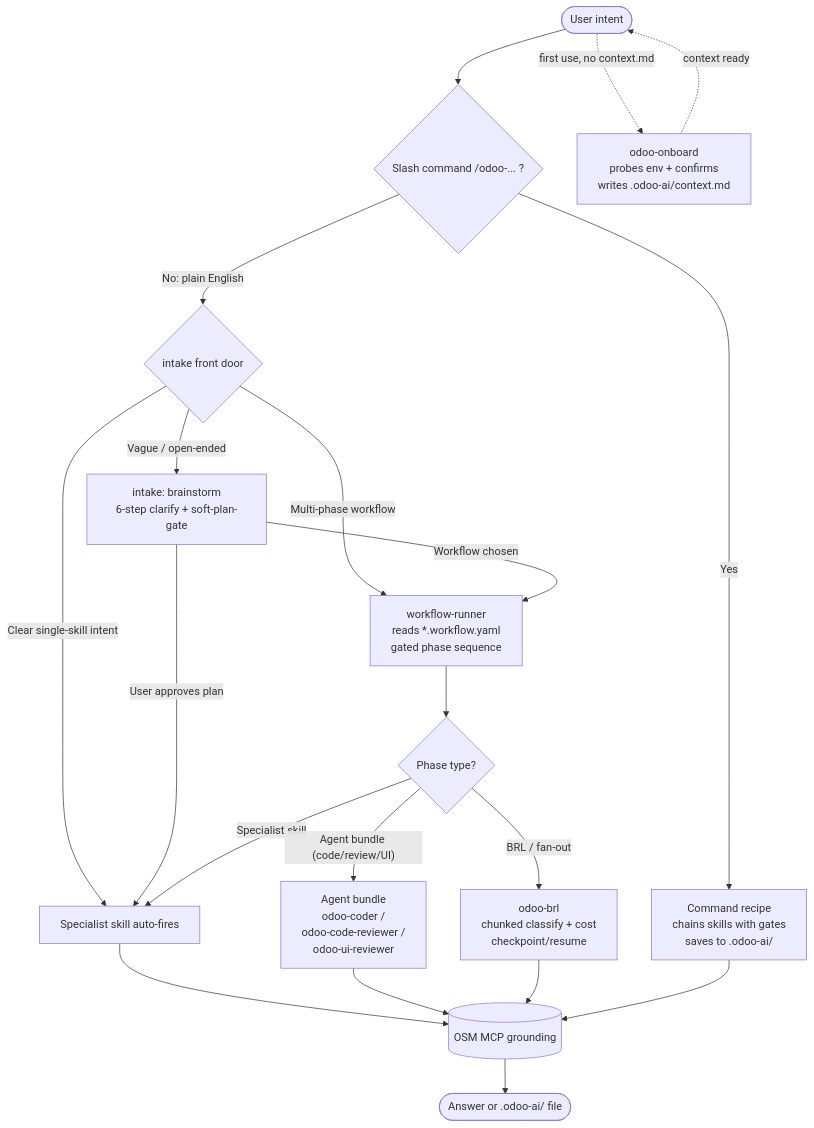
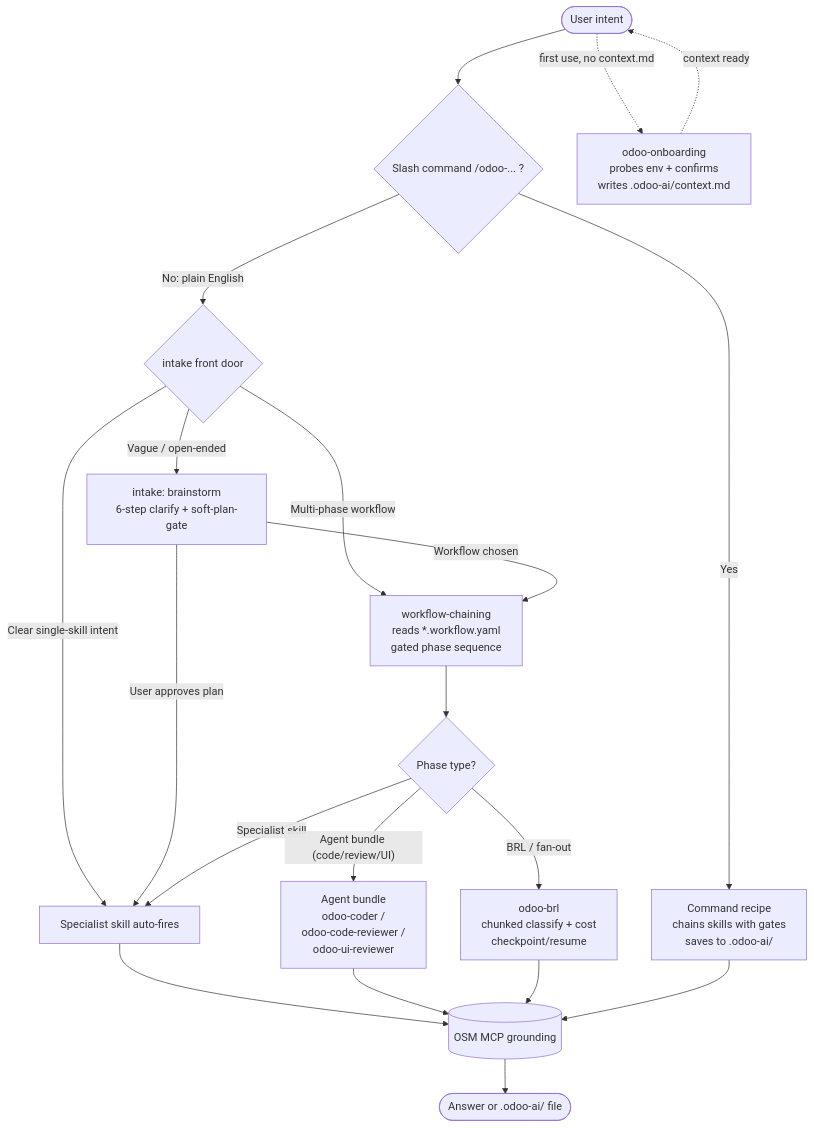
Before and after one commit to Viindoo/odoo-mcp-client: the third of 5 diagrams in README.md, drawn with Mermaid. The commit also changed other lines of this file and 110 other files, not shown here.

````diff
--- a/README.md
+++ b/README.md
@@ -132,27 +132,27 @@
 ```mermaid
 flowchart TD
     A([User intent]) --> B{"Slash command /odoo-... ?"}
 
     B -->|Yes| C["Command recipe<br/>chains skills with gates<br/>saves to .odoo-ai/"]
     B -->|"No: plain English"| D{"intake front door"}
 
     D -->|"Vague / open-ended"| E["intake: brainstorm<br/>6-step clarify + soft-plan-gate"]
     D -->|"Clear single-skill intent"| F["Specialist skill auto-fires"]
-    D -->|"Multi-phase workflow"| WF["workflow-runner<br/>reads *.workflow.yaml<br/>gated phase sequence"]
+    D -->|"Multi-phase workflow"| WF["workflow-chaining<br/>reads *.workflow.yaml<br/>gated phase sequence"]
     E -->|User approves plan| F
     E -->|"Workflow chosen"| WF
 
     WF --> G{"Phase type?"}
     G -->|Specialist skill| F
     G -->|"Agent bundle (code/review/UI)"| H["Agent bundle<br/>odoo-coder /<br/>odoo-code-reviewer /<br/>odoo-ui-reviewer"]
     G -->|"BRL / fan-out"| BRL["odoo-brl<br/>chunked classify + cost<br/>checkpoint/resume"]
 
     F --> I[("OSM MCP grounding")]
     H --> I
     BRL --> I
     C --> I
     I --> J([Answer or .odoo-ai/ file])
 
-    A -.->|"first use, no context.md"| K["odoo-onboard<br/>probes env + confirms<br/>writes .odoo-ai/context.md"]
+    A -.->|"first use, no context.md"| K["odoo-onboarding<br/>probes env + confirms<br/>writes .odoo-ai/context.md"]
     K -.->|context ready| A
 ```
````
